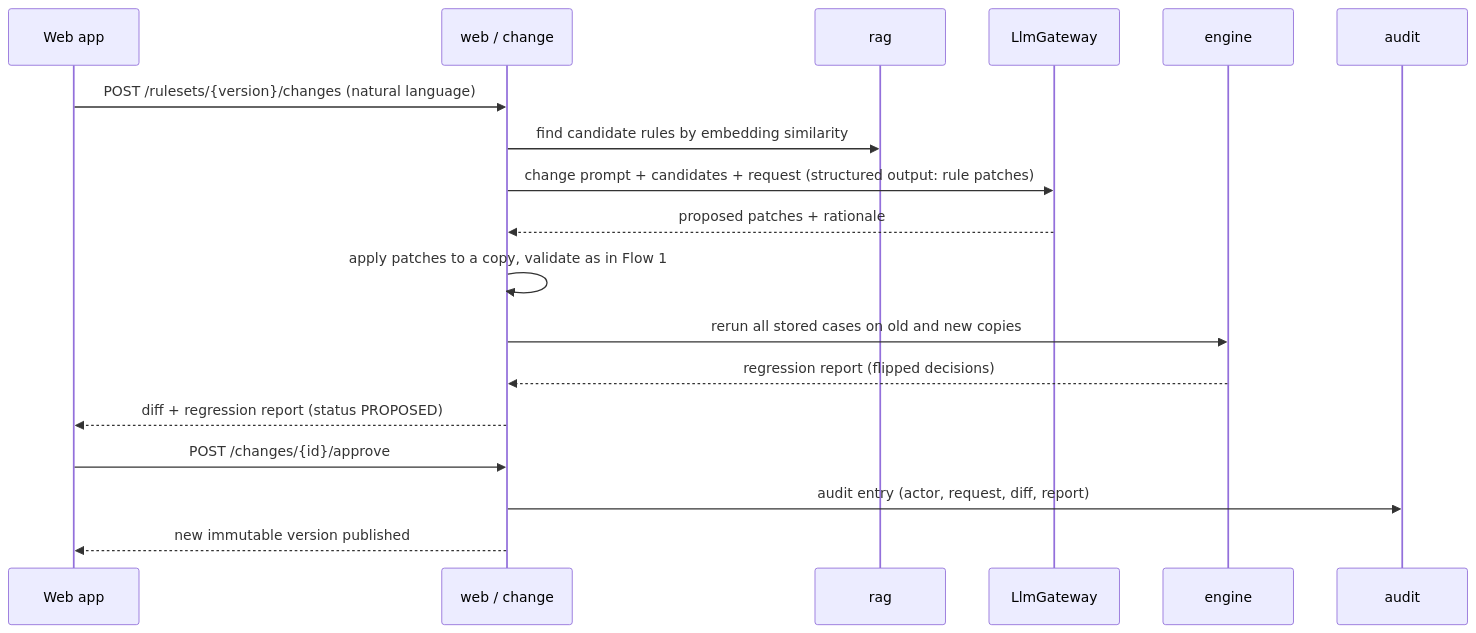
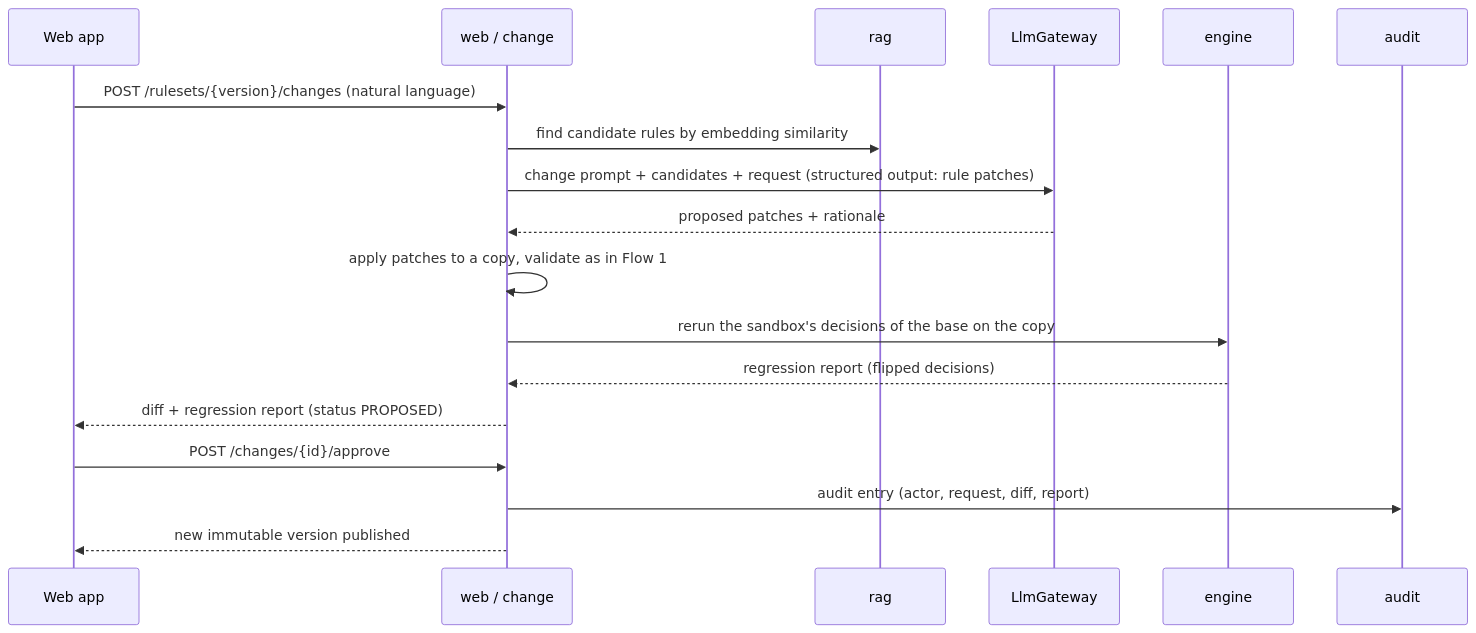
One commit to liorshaya/PolicyPilot changed the seventh of 10 diagrams in docs/02-architecture.md. Above: the diagram before and after it, drawn with Mermaid. The commit also changed other lines of this file and 5 other files, not shown here.

````diff
--- a/docs/02-architecture.md
+++ b/docs/02-architecture.md
@@ -191,20 +191,20 @@
 ```mermaid
 sequenceDiagram
   participant W as Web app
   participant API as web / change
   participant R as rag
   participant M as LlmGateway
   participant E as engine
   participant A as audit
   W->>API: POST /rulesets/{version}/changes (natural language)
   API->>R: find candidate rules by embedding similarity
   API->>M: change prompt + candidates + request (structured output: rule patches)
   M-->>API: proposed patches + rationale
   API->>API: apply patches to a copy, validate as in Flow 1
-  API->>E: rerun all stored cases on old and new copies
+  API->>E: rerun the sandbox's decisions of the base on the copy
   E-->>API: regression report (flipped decisions)
   API-->>W: diff + regression report (status PROPOSED)
   W->>API: POST /changes/{id}/approve
   API->>A: audit entry (actor, request, diff, report)
   API-->>W: new immutable version published
 ```
````
